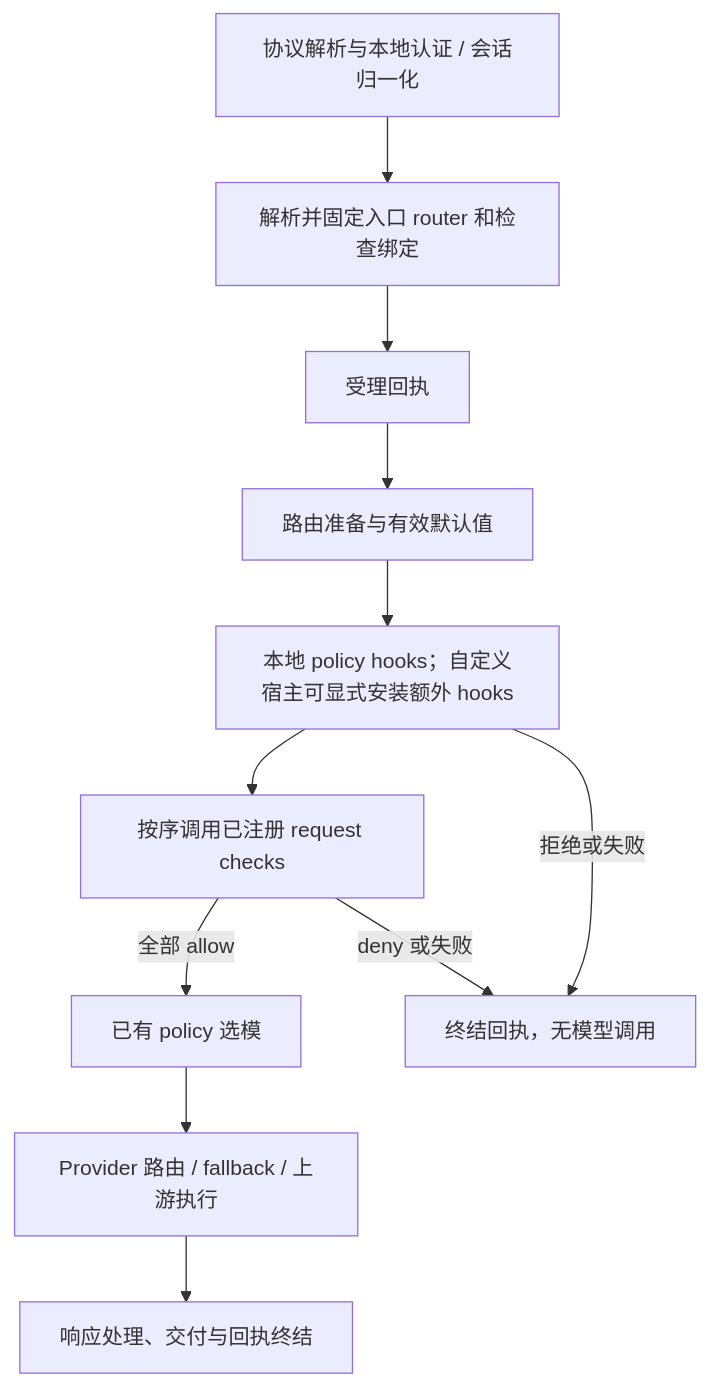
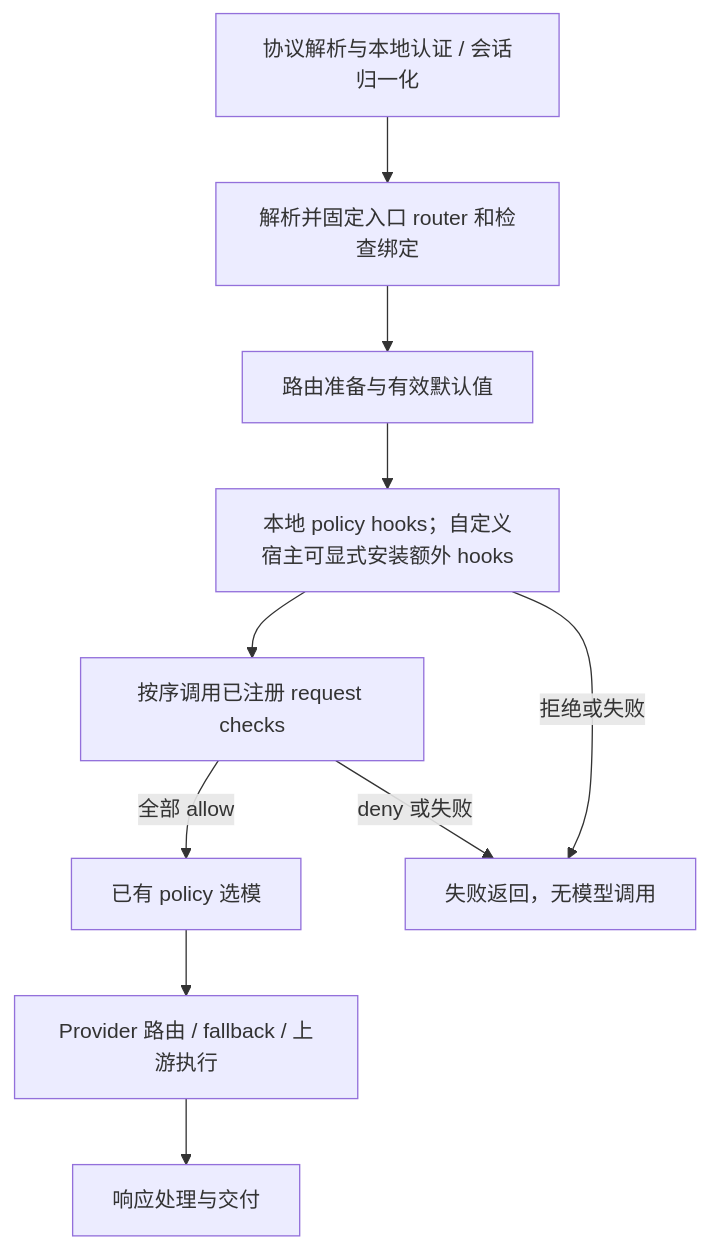
One commit to bitrouter/bitrouter changed the diagram in docs/ROUTER_EXTENSION_SPEC.md. Above: the diagram before and after it, drawn with Mermaid. The commit also changed other lines of this file and 7 other files, not shown here.

````diff
--- a/docs/ROUTER_EXTENSION_SPEC.md
+++ b/docs/ROUTER_EXTENSION_SPEC.md
@@ -148,13 +148,12 @@
 ```mermaid
 flowchart TD
     A[协议解析与本地认证 / 会话归一化] --> B[解析并固定入口 router 和检查绑定]
-    B --> C[受理回执]
-    C --> D[路由准备与有效默认值]
-    D --> E[本地 policy hooks；自定义宿主可显式安装额外 hooks]
-    E --> F[按序调用已注册 request checks]
-    F -->|全部 allow| G[已有 policy 选模]
-    G --> H[Provider 路由 / fallback / 上游执行]
-    H --> I[响应处理、交付与回执终结]
-    E -->|拒绝或失败| J[终结回执，无模型调用]
-    F -->|deny 或失败| J
+    B --> C[路由准备与有效默认值]
+    C --> D[本地 policy hooks；自定义宿主可显式安装额外 hooks]
+    D --> E[按序调用已注册 request checks]
+    E -->|全部 allow| F[已有 policy 选模]
+    F --> G[Provider 路由 / fallback / 上游执行]
+    G --> H[响应处理与交付]
+    D -->|拒绝或失败| I[失败返回，无模型调用]
+    E -->|deny 或失败| I
 ```
````
